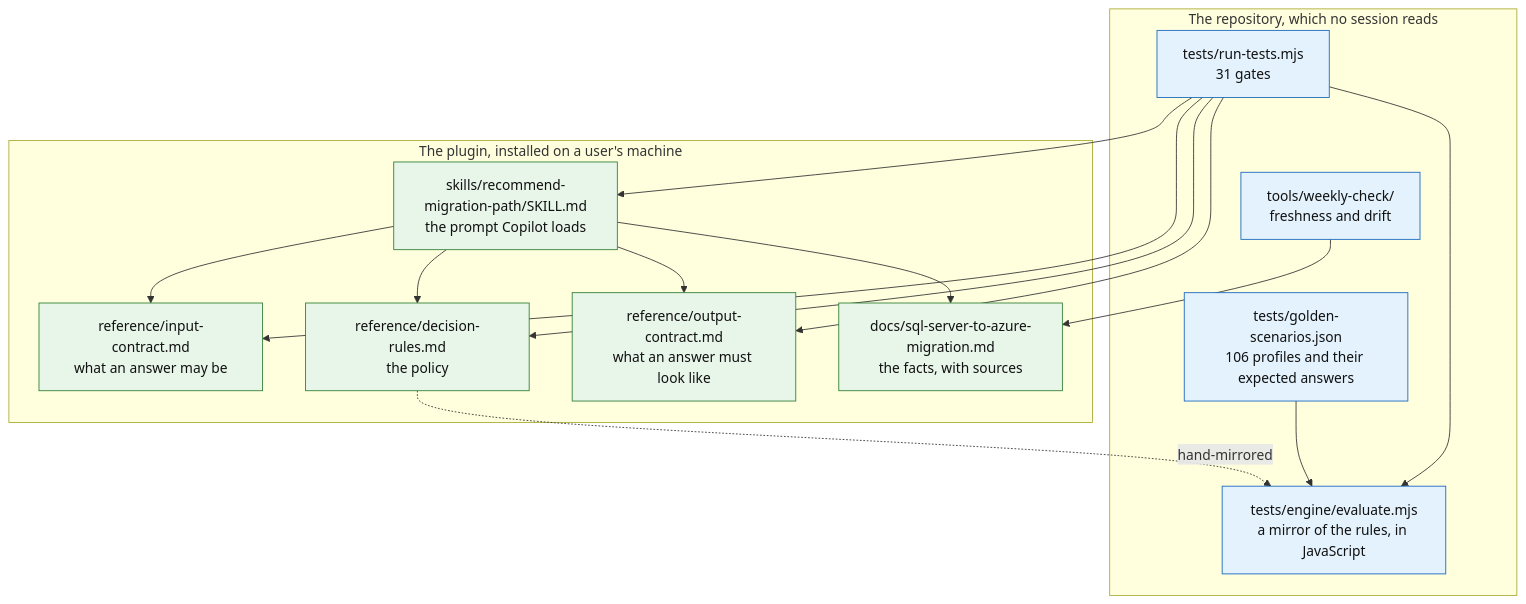
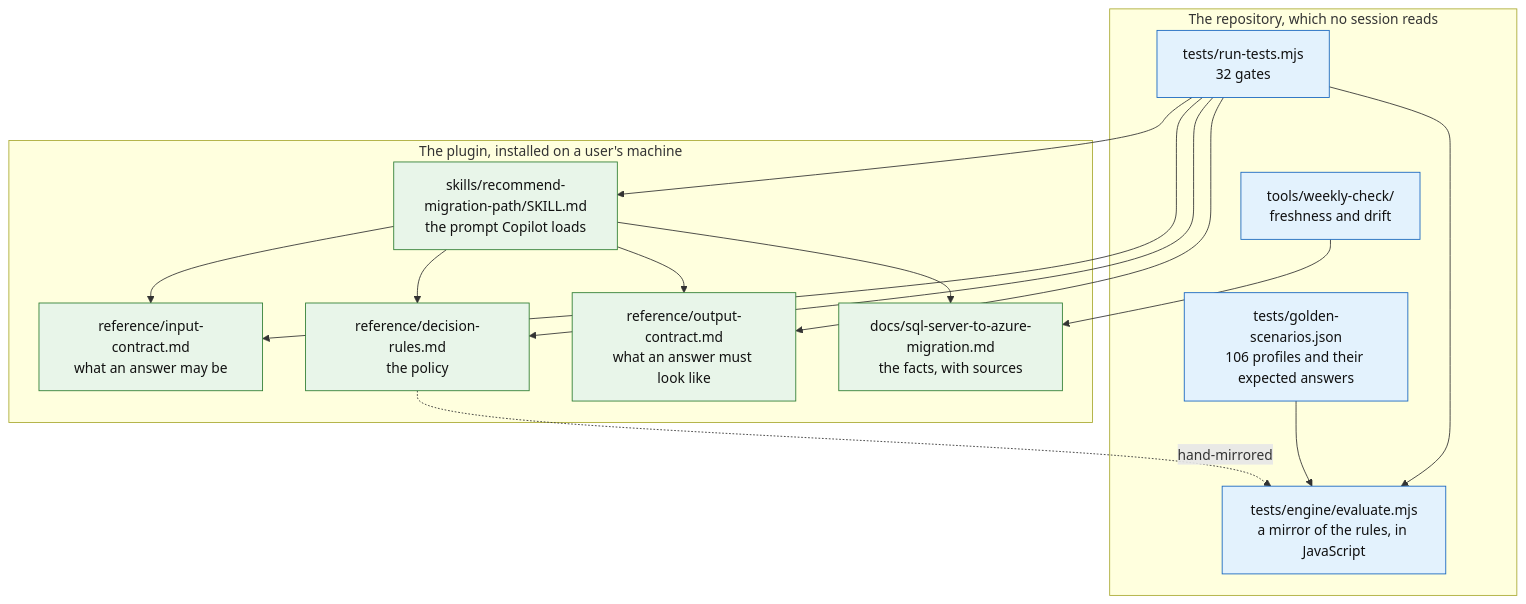
One commit to fredgis/sql-migration-advisor changed the first of 3 diagrams in docs/ARCHITECTURE.md. Above: the diagram before and after it, drawn with Mermaid. The commit also changed other lines of this file and 22 other files, not shown here.

````diff
--- a/docs/ARCHITECTURE.md
+++ b/docs/ARCHITECTURE.md
@@ -28,35 +28,35 @@
 ```mermaid
 flowchart TD
     subgraph plugin["The plugin, installed on a user's machine"]
       SK["skills/recommend-migration-path/SKILL.md<br/>the prompt Copilot loads"]
       IC["reference/input-contract.md<br/>what an answer may be"]
       DR["reference/decision-rules.md<br/>the policy"]
       OC["reference/output-contract.md<br/>what an answer must look like"]
       KB["docs/sql-server-to-azure-migration.md<br/>the facts, with sources"]
     end
 
     subgraph repo["The repository, which no session reads"]
       EN["tests/engine/evaluate.mjs<br/>a mirror of the rules, in JavaScript"]
       GS["tests/golden-scenarios.json<br/>106 profiles and their expected answers"]
-      GA["tests/run-tests.mjs<br/>31 gates"]
+      GA["tests/run-tests.mjs<br/>32 gates"]
       WK["tools/weekly-check/<br/>freshness and drift"]
     end
 
     SK --> IC
     SK --> DR
     SK --> OC
     SK --> KB
     DR -.->|hand-mirrored| EN
     GS --> EN
     GA --> EN
     GA --> SK
     GA --> IC
     GA --> DR
     GA --> OC
     WK --> KB
 
     classDef live fill:#e8f5e9,stroke:#2e7d32,color:#111
     classDef test fill:#e3f2fd,stroke:#1565c0,color:#111
     class SK,IC,DR,OC,KB live
     class EN,GS,GA,WK test
 ```
````
